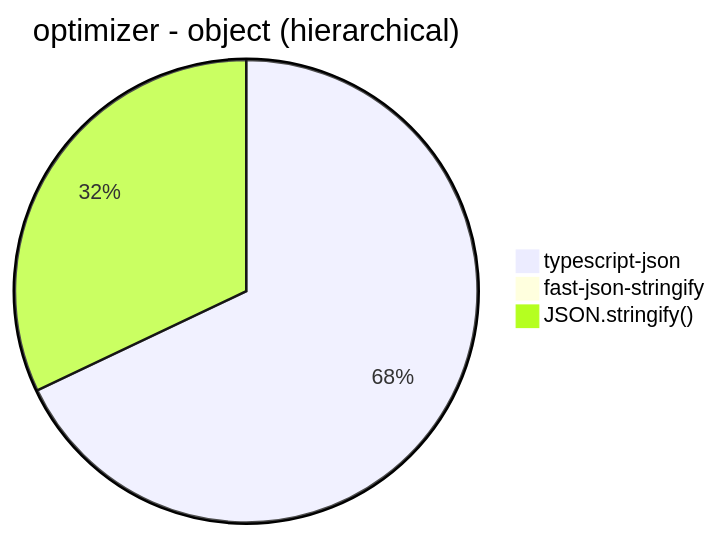
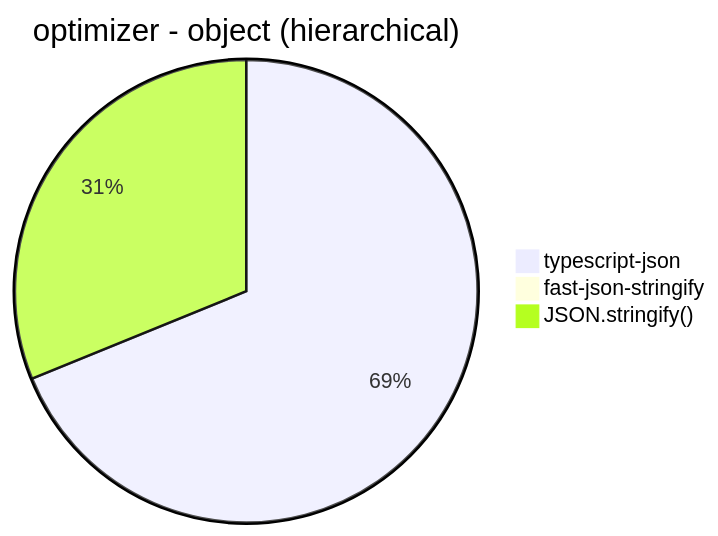
One commit to samchon/typia changed diagram 16 of 30 in benchmark/results/Apple M1.md. Above: the diagram before and after it, drawn with Mermaid. The commit also changed other lines of this file, not shown here.

````diff
--- a/benchmark/results/Apple M1.md
+++ b/benchmark/results/Apple M1.md
@@ -165,6 +166,6 @@
 ```mermaid
 pie title optimizer - object (hierarchical)
-  "typescript-json": 6609.805361733383
-  "fast-json-stringify": 2.175883952855848
-  "JSON.stringify()": 3117.0348731057147
+  "typescript-json": 6759.242396649062
+  "fast-json-stringify": 2.0032780914223274
+  "JSON.stringify()": 3059.7235023041476
 ```
````
